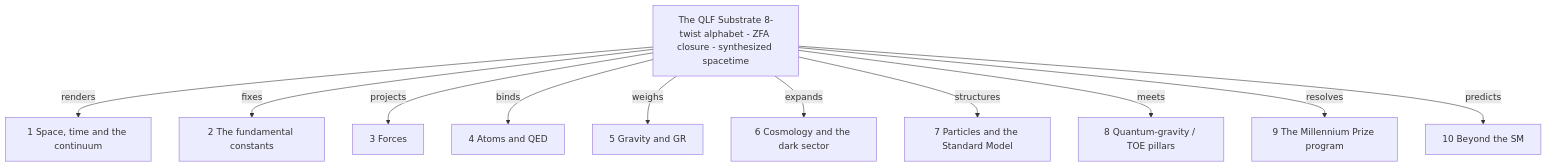
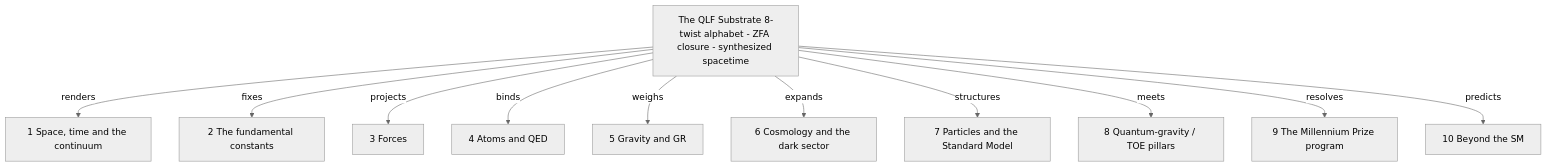
Before and after one commit to jimscarver/quantum-logical-framework: the first of 11 diagrams in FlowChart.md, drawn with Mermaid. The commit also changed other lines of this file, not shown here.

First line of the commit message:
FlowChart.md: pin explicit Mermaid theme in every block (GitHub dark-theme render workaround)

````diff
--- a/FlowChart.md
+++ b/FlowChart.md
@@ -14,14 +14,15 @@
 ```mermaid
+%%{init: {"theme":"neutral"}}%%
 flowchart TD
   S["The QLF Substrate 8-twist alphabet - ZFA closure - synthesized spacetime"]
   S -->|"renders"| SP["1 Space, time and the continuum"]
   S -->|"fixes"| C["2 The fundamental constants"]
   S -->|"projects"| F["3 Forces"]
   S -->|"binds"| A["4 Atoms and QED"]
   S -->|"weighs"| G["5 Gravity and GR"]
   S -->|"expands"| CO["6 Cosmology and the dark sector"]
   S -->|"structures"| P["7 Particles and the Standard Model"]
   S -->|"meets"| T["8 Quantum-gravity / TOE pillars"]
   S -->|"resolves"| M["9 The Millennium Prize program"]
   S -->|"predicts"| B["10 Beyond the SM"]
 ```
````
